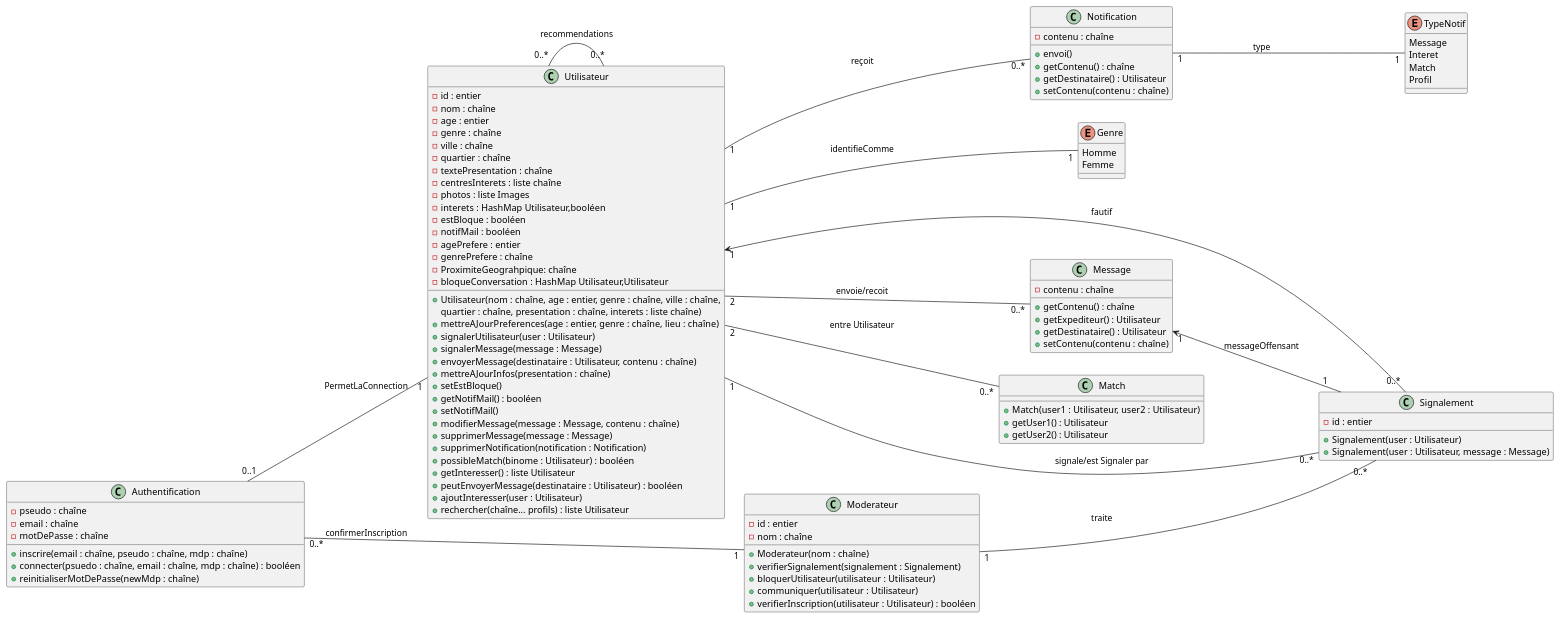
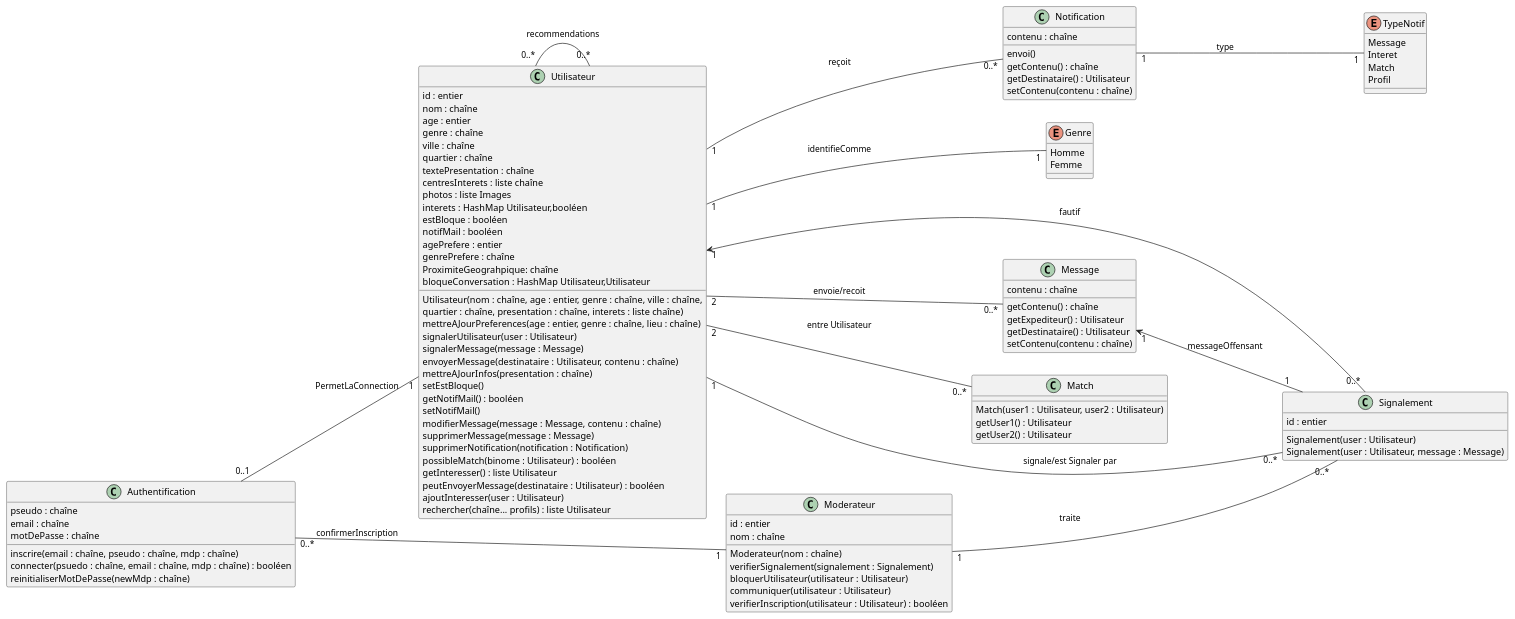
The diagram in src/Projet_Tinder_UML.puml (MinaroliCorentin/PSO), drawn with PlantUML before and after one commit.

Commit message:
Supression des contrôles d'accès

```diff
--- a/src/Projet_Tinder_UML.puml
+++ b/src/Projet_Tinder_UML.puml
@@ -1,118 +1,118 @@
 @startuml
 left to right direction
 
 enum Genre {
     Homme
     Femme
 }
 
 '--- Classes ---'
 class Utilisateur {
-    - id : entier
-    - nom : chaîne
-    - age : entier
-    - genre : chaîne
-    - ville : chaîne
-    - quartier : chaîne
-    - textePresentation : chaîne
-    - centresInterets : liste chaîne
-    - photos : liste Images
-    - interets : HashMap Utilisateur,booléen
-    - estBloque : booléen
-    - notifMail : booléen
-    - agePrefere : entier
-    - genrePrefere : chaîne
-    - ProximiteGeograhpique: chaîne
-    - bloqueConversation : HashMap Utilisateur,Utilisateur
-    + Utilisateur(nom : chaîne, age : entier, genre : chaîne, ville : chaîne,
+    id : entier
+    nom : chaîne
+    age : entier
+    genre : chaîne
+    ville : chaîne
+    quartier : chaîne
+    textePresentation : chaîne
+    centresInterets : liste chaîne
+    photos : liste Images
+    interets : HashMap Utilisateur,booléen
+    estBloque : booléen
+    notifMail : booléen
+    agePrefere : entier
+    genrePrefere : chaîne
+    ProximiteGeograhpique: chaîne
+    bloqueConversation : HashMap Utilisateur,Utilisateur
+    Utilisateur(nom : chaîne, age : entier, genre : chaîne, ville : chaîne,
     quartier : chaîne, presentation : chaîne, interets : liste chaîne)
-    + mettreAJourPreferences(age : entier, genre : chaîne, lieu : chaîne)
-    + signalerUtilisateur(user : Utilisateur)
-    + signalerMessage(message : Message)
-    + envoyerMessage(destinataire : Utilisateur, contenu : chaîne)
-    + mettreAJourInfos(presentation : chaîne)
-    + setEstBloque()
-    + getNotifMail() : booléen
-    + setNotifMail()
-    + modifierMessage(message : Message, contenu : chaîne)
-    + supprimerMessage(message : Message)
-    + supprimerNotification(notification : Notification)
-    + possibleMatch(binome : Utilisateur) : booléen
-    + getInteresser() : liste Utilisateur
-    + peutEnvoyerMessage(destinataire : Utilisateur) : booléen
-    + ajoutInteresser(user : Utilisateur)
-    + rechercher(chaîne... profils) : liste Utilisateur
+    mettreAJourPreferences(age : entier, genre : chaîne, lieu : chaîne)
+    signalerUtilisateur(user : Utilisateur)
+    signalerMessage(message : Message)
+    envoyerMessage(destinataire : Utilisateur, contenu : chaîne)
+    mettreAJourInfos(presentation : chaîne)
+    setEstBloque()
+    getNotifMail() : booléen
+    setNotifMail()
+    modifierMessage(message : Message, contenu : chaîne)
+    supprimerMessage(message : Message)
+    supprimerNotification(notification : Notification)
+    possibleMatch(binome : Utilisateur) : booléen
+    getInteresser() : liste Utilisateur
+    peutEnvoyerMessage(destinataire : Utilisateur) : booléen
+    ajoutInteresser(user : Utilisateur)
+    rechercher(chaîne... profils) : liste Utilisateur
 }
 
 class Message {
-    - contenu : chaîne
-    + getContenu() : chaîne
-    + getExpediteur() : Utilisateur
-    + getDestinataire() : Utilisateur
-    + setContenu(contenu : chaîne)
+    contenu : chaîne
+    getContenu() : chaîne
+    getExpediteur() : Utilisateur
+    getDestinataire() : Utilisateur
+    setContenu(contenu : chaîne)
 }
 
 class Notification {
-    - contenu : chaîne
-    + envoi()
-    + getContenu() : chaîne
-    + getDestinataire() : Utilisateur
-    + setContenu(contenu : chaîne)
+    contenu : chaîne
+    envoi()
+    getContenu() : chaîne
+    getDestinataire() : Utilisateur
+    setContenu(contenu : chaîne)
 }
 
 class Match {
-    + Match(user1 : Utilisateur, user2 : Utilisateur)
-    + getUser1() : Utilisateur
-    + getUser2() : Utilisateur
+    Match(user1 : Utilisateur, user2 : Utilisateur)
+    getUser1() : Utilisateur
+    getUser2() : Utilisateur
 }
 
 class Signalement {
-    - id : entier
-    + Signalement(user : Utilisateur)
-    + Signalement(user : Utilisateur, message : Message)
+    id : entier
+    Signalement(user : Utilisateur)
+    Signalement(user : Utilisateur, message : Message)
 }
 
 class Moderateur {
-    - id : entier
-    - nom : chaîne
-    + Moderateur(nom : chaîne)
-    + verifierSignalement(signalement : Signalement)
-    + bloquerUtilisateur(utilisateur : Utilisateur)
-    + communiquer(utilisateur : Utilisateur)
-    + verifierInscription(utilisateur : Utilisateur) : booléen
+    id : entier
+    nom : chaîne
+    Moderateur(nom : chaîne)
+    verifierSignalement(signalement : Signalement)
+    bloquerUtilisateur(utilisateur : Utilisateur)
+    communiquer(utilisateur : Utilisateur)
+    verifierInscription(utilisateur : Utilisateur) : booléen
 }
 
 
 class Authentification {
-    - pseudo : chaîne
-    - email : chaîne
-    - motDePasse : chaîne
-    + inscrire(email : chaîne, pseudo : chaîne, mdp : chaîne)
-    + connecter(psuedo : chaîne, email : chaîne, mdp : chaîne) : booléen
-    + reinitialiserMotDePasse(newMdp : chaîne)
+    pseudo : chaîne
+    email : chaîne
+    motDePasse : chaîne
+    inscrire(email : chaîne, pseudo : chaîne, mdp : chaîne)
+    connecter(psuedo : chaîne, email : chaîne, mdp : chaîne) : booléen
+    reinitialiserMotDePasse(newMdp : chaîne)
 }
 
 enum TypeNotif{
     Message
     Interet
     Match
     Profil
 }
 
 
 '--- Relations ---'
 Utilisateur "2" -- "0..*" Message : envoie/recoit
 Utilisateur "2" -- "0..*" Match : entre Utilisateur
 Utilisateur "1" -- "0..*" Signalement : signale/est Signaler par
 Utilisateur "1" <-- "0..*" Signalement : fautif
 Moderateur "1" -- "0..*" Signalement : traite
 Message "1" <-- "1" Signalement : messageOffensant
 Utilisateur "1" -- "0..*" Notification : reçoit
 Utilisateur "1" -- "1" Genre : identifieComme
 Authentification "0..*" -- "1" Moderateur : confirmerInscription
 Authentification "0..1" -- "1" Utilisateur : PermetLaConnection
 Notification "1"--"1" TypeNotif : type
 '(Classe pour une liste de profils recommandés)'
 Utilisateur "0..*"--"0..*" Utilisateur : recommendations
 
 @enduml
```
